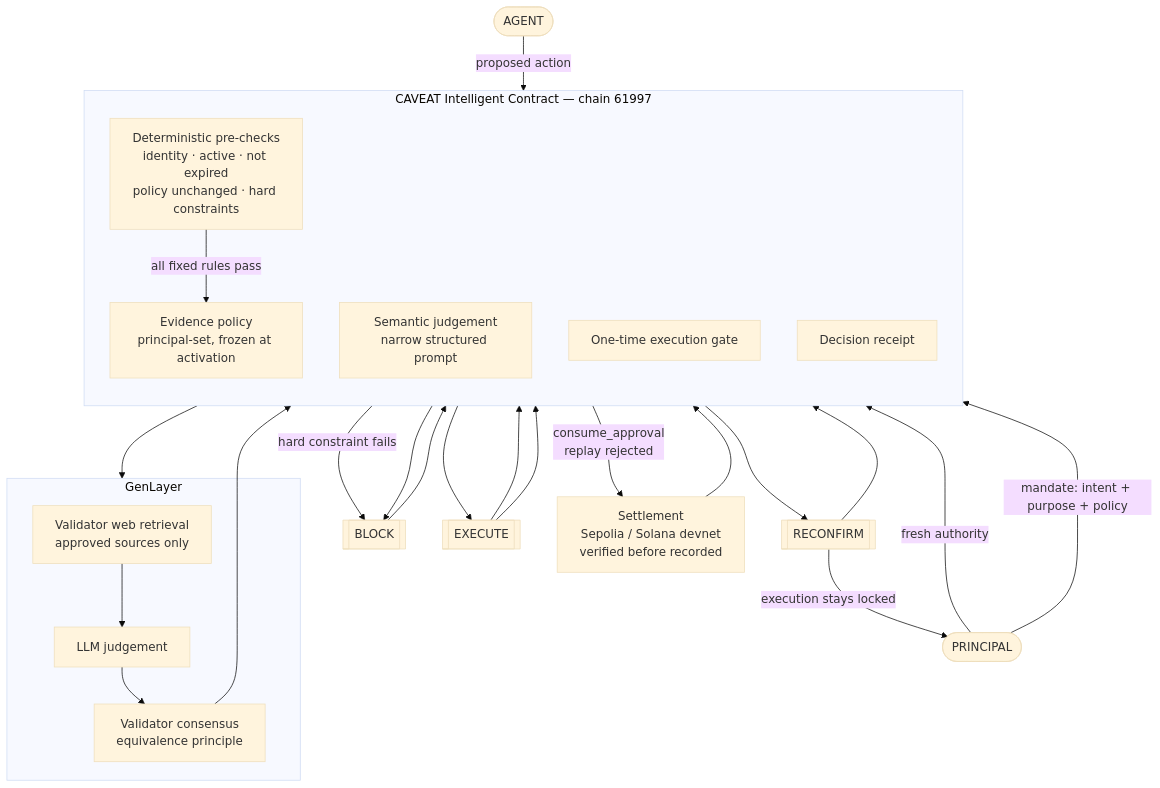
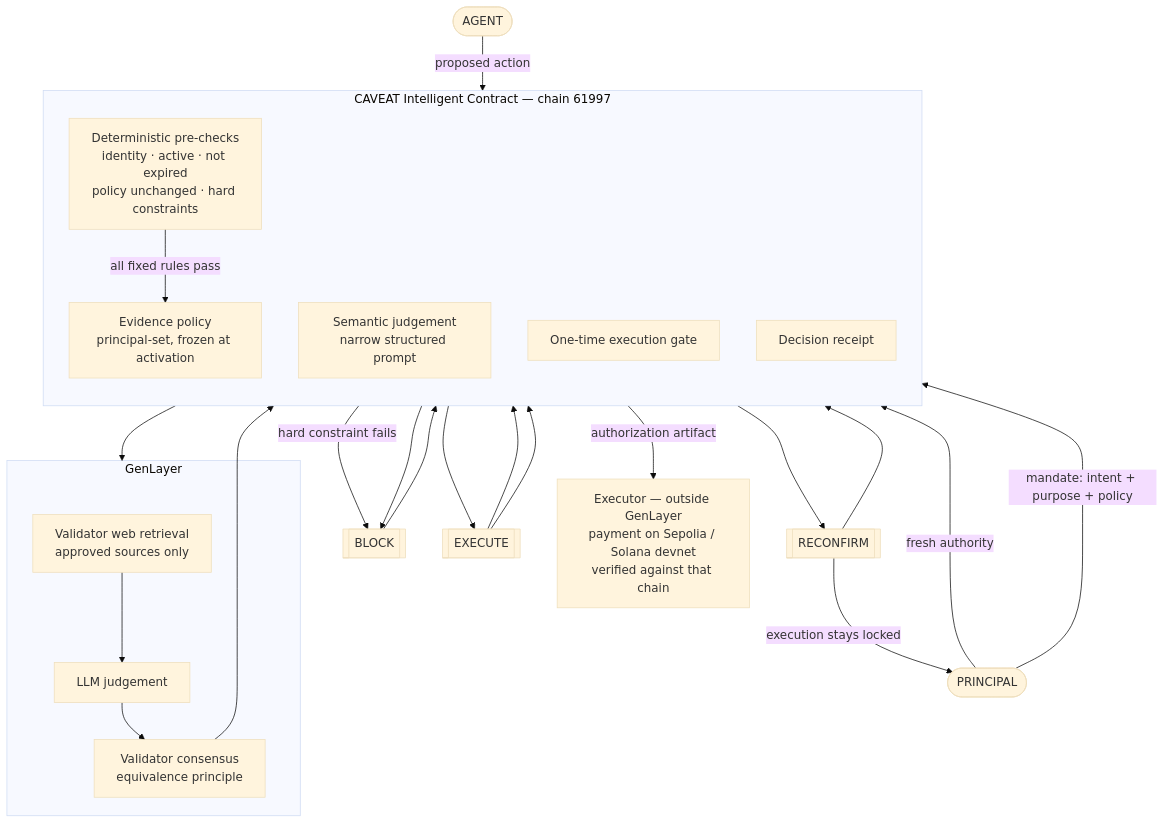
The diagram in docs/architecture.md (lolaaa00/caveat), drawn with Mermaid (base theme) before and after one commit. The commit also changed other lines of this file and 17 other files, not shown here.

First line of the commit message:
GenLayer adjudicates; it does not settle

````diff
--- a/docs/architecture.md
+++ b/docs/architecture.md
@@ -5,40 +5,39 @@
 ```mermaid
 flowchart TD
     P([PRINCIPAL]) -->|"mandate: intent + purpose + policy"| C
 
     subgraph C["CAVEAT Intelligent Contract — chain 61997"]
         direction TB
         D["Deterministic pre-checks<br/>identity · active · not expired<br/>policy unchanged · hard constraints"]
         E["Evidence policy<br/>principal-set, frozen at activation"]
         J["Semantic judgement<br/>narrow structured prompt"]
         G["One-time execution gate"]
         R["Decision receipt"]
     end
 
     A([AGENT]) -->|"proposed action"| D
     D -->|"hard constraint fails"| BLOCK
     D -->|"all fixed rules pass"| E
     E --> GL
 
     subgraph GL["GenLayer"]
         W["Validator web retrieval<br/>approved sources only"]
         L["LLM judgement"]
         V["Validator consensus<br/>equivalence principle"]
         W --> L --> V
     end
 
     V --> J
     J --> EXEC[["EXECUTE"]]
     J --> RECON[["RECONFIRM"]]
     J --> BLOCK[["BLOCK"]]
 
     EXEC --> G
     RECON -->|"execution stays locked"| P
     P -->|"fresh authority"| G
-    G -->|"consume_approval<br/>replay rejected"| S["Settlement<br/>Sepolia / Solana devnet<br/>verified before recorded"]
+    G -->|"authorization artifact"| X["Executor — outside GenLayer<br/>payment on Sepolia / Solana devnet<br/>verified against that chain"]
 
     EXEC --> R
     RECON --> R
     BLOCK --> R
-    S --> R
 ```
````
